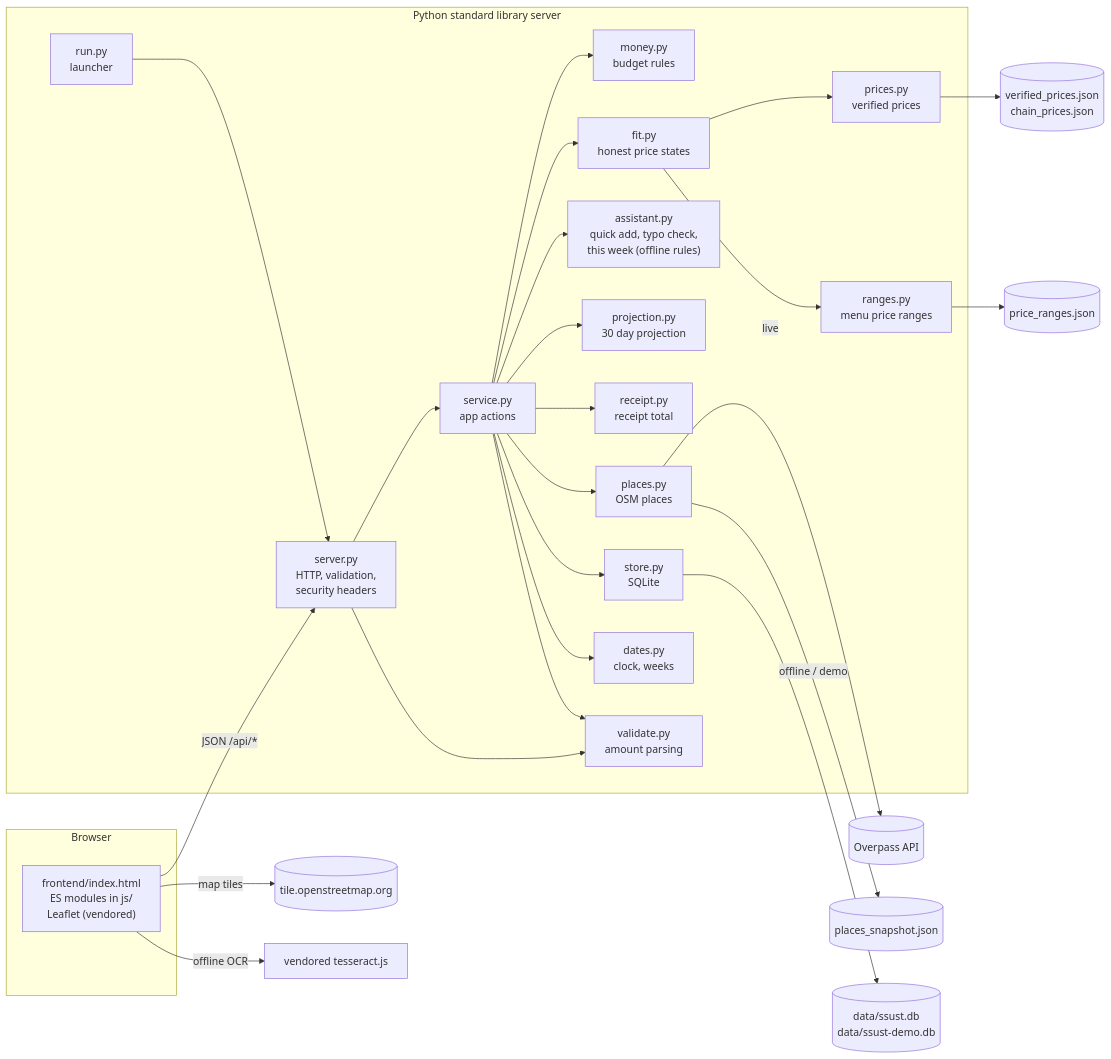
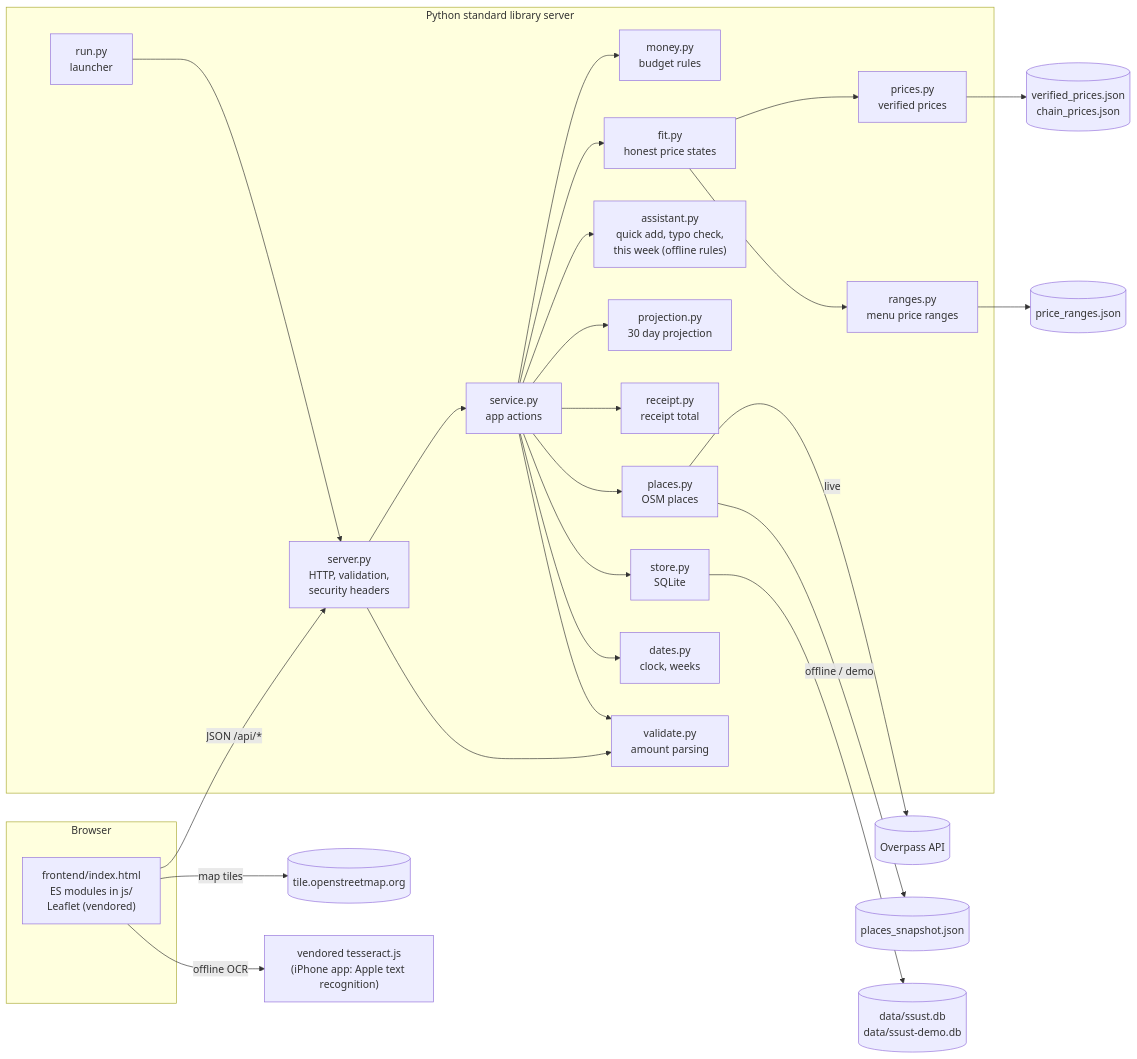
The diagram in README.md (Viethoang18112007/SMBP-Finhack-JustMATH), drawn with Mermaid before and after one commit. The commit also changed other lines of this file and 2 other files, not shown here.

Commit message:
Document receipt reading on the phone and add a manual iPhone scan checklist

````diff
--- a/README.md
+++ b/README.md
@@ -329,30 +330,30 @@
 ```mermaid
 flowchart LR
     subgraph Browser
         UI["frontend/index.html<br/>ES modules in js/<br/>Leaflet (vendored)"]
     end
     subgraph "Python standard library server"
         RUN["run.py<br/>launcher"] --> SRV["server.py<br/>HTTP, validation,<br/>security headers"]
         SRV --> SVC["service.py<br/>app actions"]
         SVC --> MONEY["money.py<br/>budget rules"]
         SVC --> FIT["fit.py<br/>honest price states"]
         FIT --> PRICES["prices.py<br/>verified prices"]
         FIT --> RANGES["ranges.py<br/>menu price ranges"]
         SVC --> ASSIST["assistant.py<br/>quick add, typo check,<br/>this week (offline rules)"]
         SVC --> PROJ["projection.py<br/>30 day projection"]
         SVC --> RECEIPT["receipt.py<br/>receipt total"]
         SVC --> PLACES["places.py<br/>OSM places"]
         SVC --> STORE["store.py<br/>SQLite"]
         SVC --> DATES["dates.py<br/>clock, weeks"]
         SRV --> VAL["validate.py<br/>amount parsing"]
         SVC --> VAL
     end
     UI -- "JSON /api/*" --> SRV
     UI -- "map tiles" --> TILES[("tile.openstreetmap.org")]
     STORE --> DB[("data/ssust.db<br/>data/ssust-demo.db")]
     PLACES -- "live" --> OVP[("Overpass API")]
     PLACES -- "offline / demo" --> SNAP[("places_snapshot.json")]
     PRICES --> VER[("verified_prices.json<br/>chain_prices.json")]
     RANGES --> RNG[("price_ranges.json")]
-    UI -- "offline OCR" --> OCR["vendored tesseract.js"]
+    UI -- "offline OCR" --> OCR["vendored tesseract.js<br/>(iPhone app: Apple text recognition)"]
 ```
````
